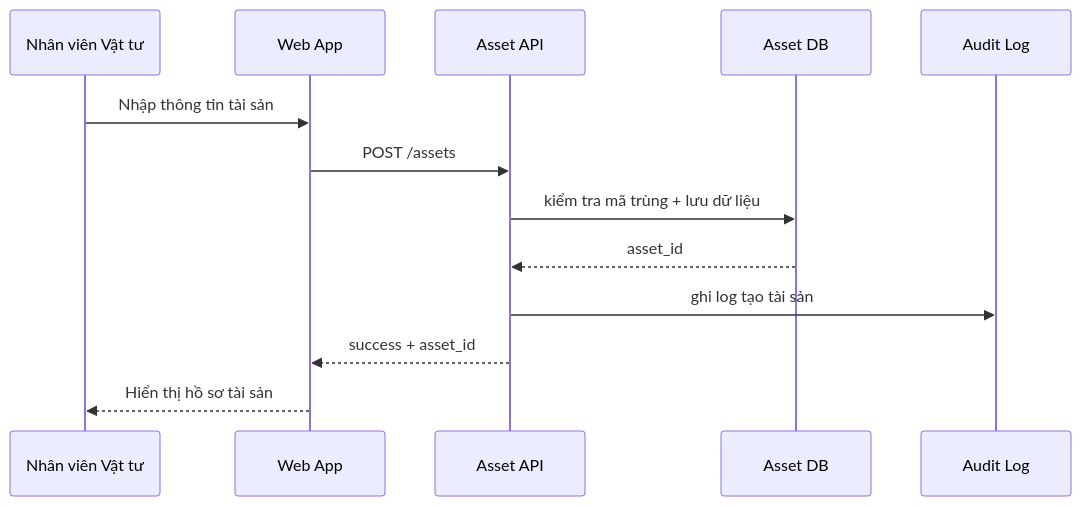
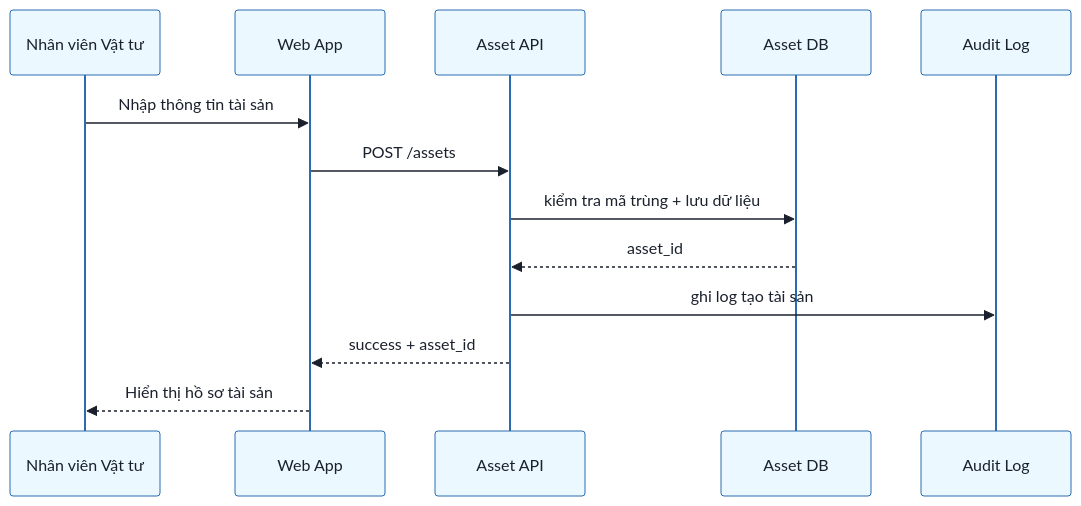
One commit to sonbui31/BA-studies changed the second of 3 diagrams in BA-agent/BA-Documents-Outsource/05-SRS.md. Above: the diagram before and after it, drawn with Mermaid. The commit also changed other lines of this file and 97 other files, not shown here.

First line of the commit message:
Add diagram linting and rendering tools with tests

````diff
--- a/BA-agent/BA-Documents-Outsource/05-SRS.md
+++ b/BA-agent/BA-Documents-Outsource/05-SRS.md
@@ -130,15 +131,16 @@
 ```mermaid
+%%{init: {"theme": "base", "fontFamily": "Arial, Helvetica, sans-serif", "themeVariables": {"fontSize": "15px", "primaryColor": "#FFFFFF", "primaryBorderColor": "#4A5568", "primaryTextColor": "#1A202C", "lineColor": "#4A5568", "secondaryColor": "#F7FAFC", "tertiaryColor": "#F7FAFC", "clusterBkg": "#F7FAFC", "clusterBorder": "#A0AEC0", "edgeLabelBackground": "#FFFFFF", "actorBkg": "#EBF8FF", "actorBorder": "#2B6CB0", "noteBkgColor": "#FFF8E1", "noteBorderColor": "#B7791F"}}}%%
 sequenceDiagram
     participant U as Nhân viên Vật tư
     participant W as Web App
     participant A as Asset API
     participant D as Asset DB
     participant L as Audit Log
     U->>W: Nhập thông tin tài sản
     W->>A: POST /assets
     A->>D: kiểm tra mã trùng + lưu dữ liệu
     D-->>A: asset_id
     A->>L: ghi log tạo tài sản
     A-->>W: success + asset_id
     W-->>U: Hiển thị hồ sơ tài sản
 ```
````
